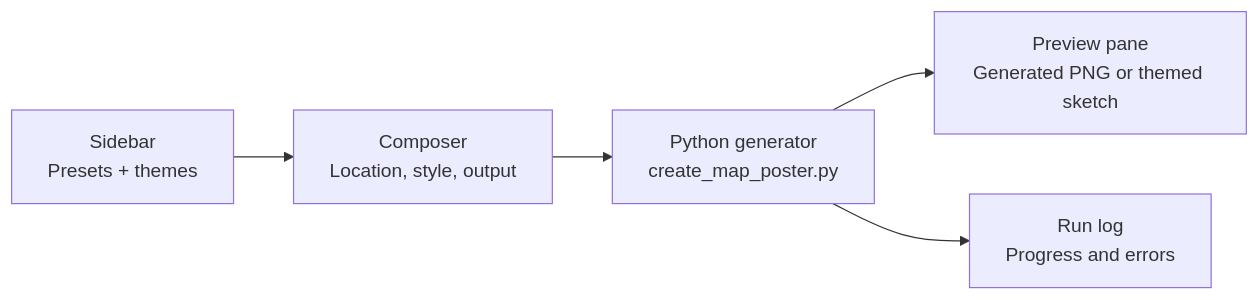
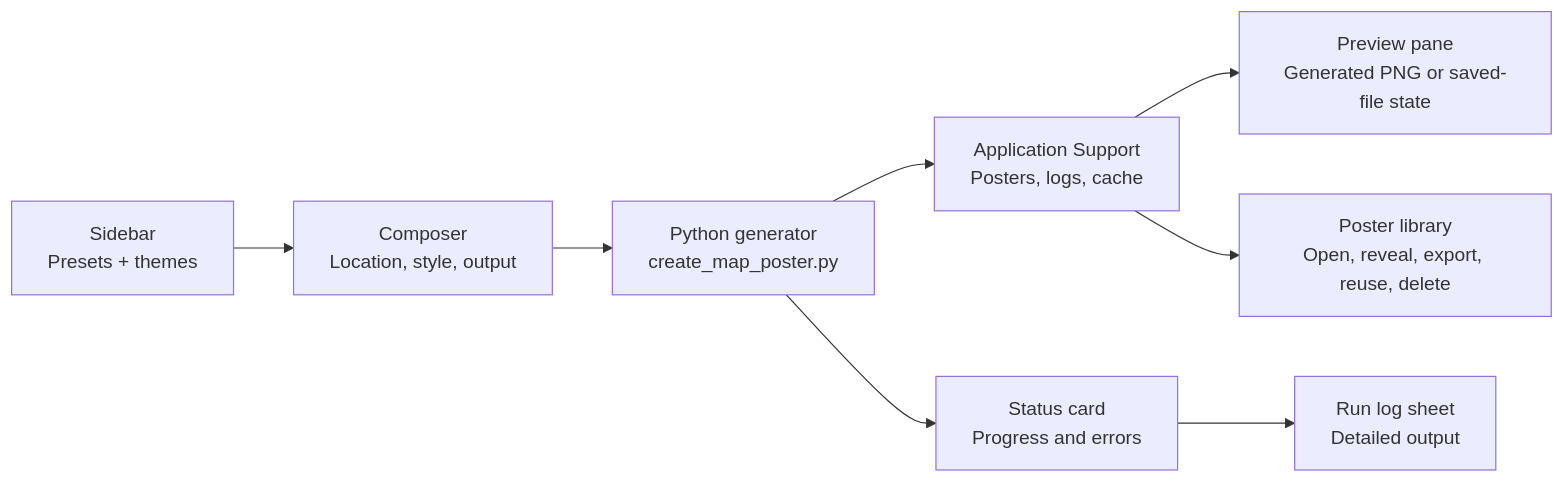
The diagram in docs/mac-app-design.md (nibrwr/maptoposter), drawn with Mermaid before and after one commit. The commit also changed other lines of this file and 25 other files, not shown here.

Commit message:
Enhance macOS poster generator

````diff
--- a/docs/mac-app-design.md
+++ b/docs/mac-app-design.md
@@ -37,7 +65,10 @@
 ```mermaid
 flowchart LR
     Sidebar["Sidebar\nPresets + themes"] --> Composer["Composer\nLocation, style, output"]
     Composer --> Generator["Python generator\ncreate_map_poster.py"]
-    Generator --> Preview["Preview pane\nGenerated PNG or themed sketch"]
-    Generator --> Log["Run log\nProgress and errors"]
+    Generator --> Storage["Application Support\nPosters, logs, cache"]
+    Storage --> Preview["Preview pane\nGenerated PNG or saved-file state"]
+    Storage --> Library["Poster library\nOpen, reveal, export, reuse, delete"]
+    Generator --> Status["Status card\nProgress and errors"]
+    Status --> Log["Run log sheet\nDetailed output"]
 ```
````
